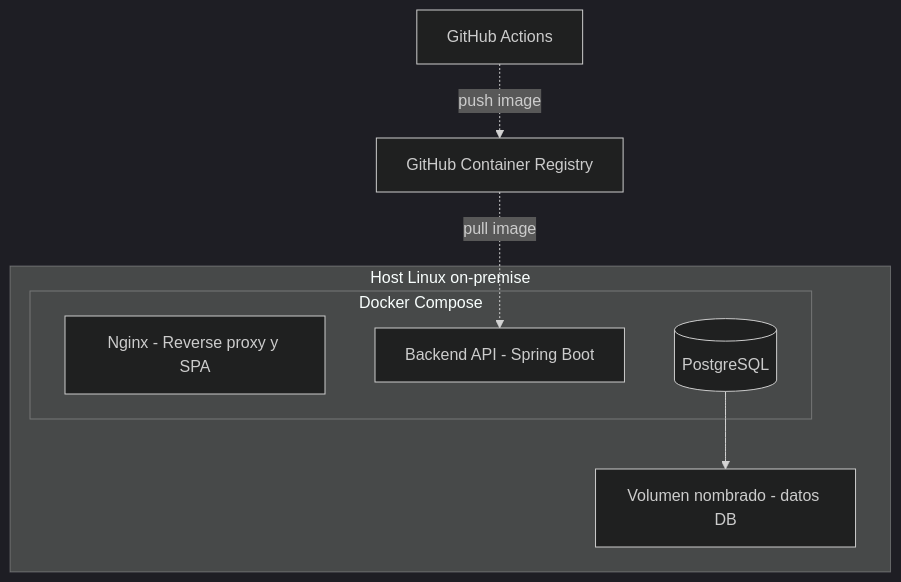
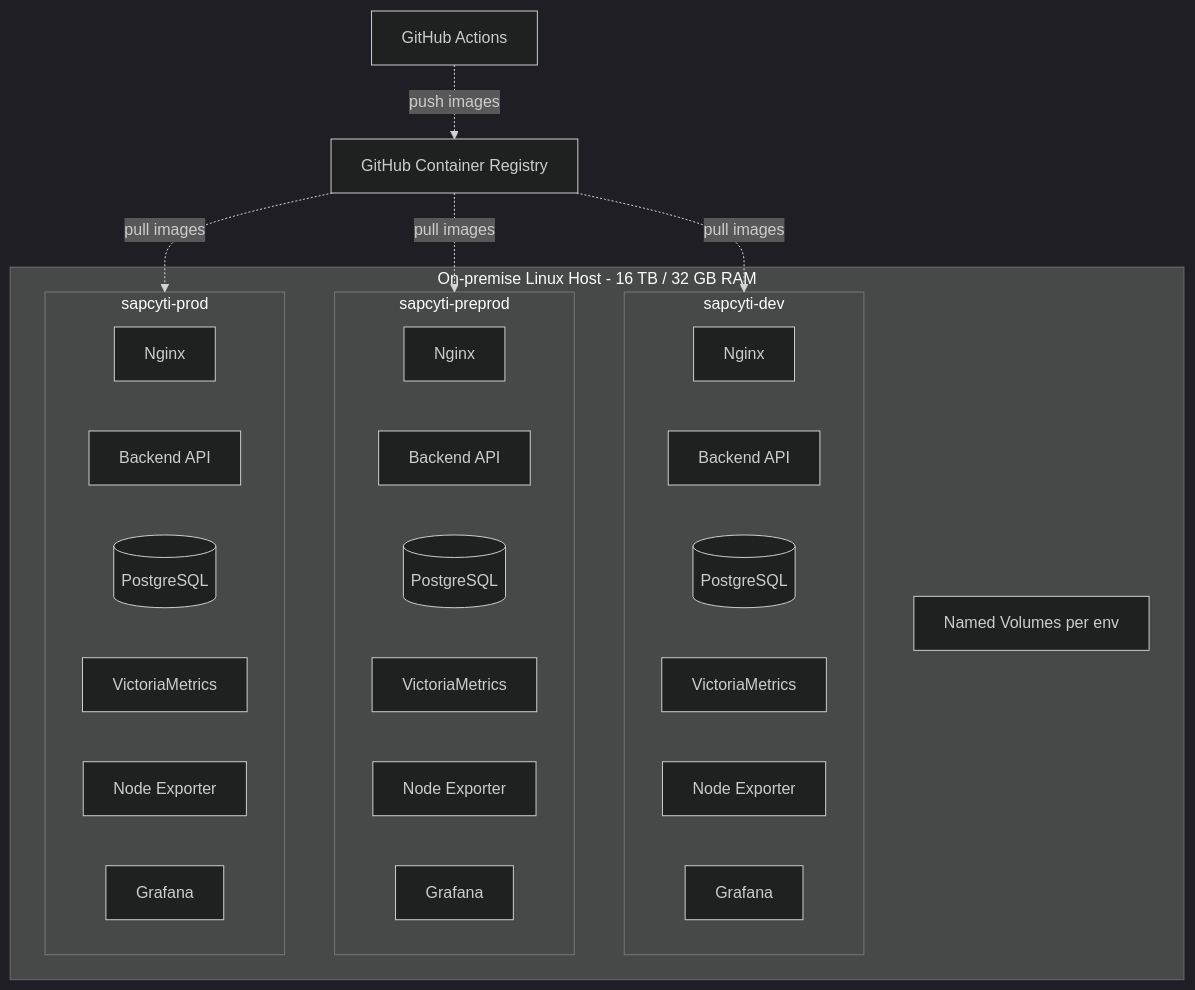
Before and after one commit to SAPCyTI-UAM-I/Docs: the sixth of 17 diagrams in Design/Architecture.md, drawn with Mermaid (dark theme). The commit also changed other lines of this file, not shown here.

Commit message:
docs: translate architecture documentation and diagrams to English - Iteration 2 refinement

````diff
--- a/Design/Architecture.md
+++ b/Design/Architecture.md
@@ -363,16 +384,36 @@
 ```mermaid
 flowchart TB
-    subgraph Host["Host Linux on-premise"]
-        subgraph Compose["Docker Compose"]
-            NGINX["Nginx - Reverse proxy y SPA"]
-            API["Backend API - Spring Boot"]
-            PG[("PostgreSQL")]
+    subgraph Host["On-premise Linux Host - 16 TB / 32 GB RAM"]
+        subgraph Dev["sapcyti-dev"]
+            NGINX_D["Nginx"]
+            API_D["Backend API"]
+            PG_D[("PostgreSQL")]
+            VM_D["VictoriaMetrics"]
+            NE_D["Node Exporter"]
+            GF_D["Grafana"]
         end
-        VOL["Volumen nombrado - datos DB"]
+        subgraph PreProd["sapcyti-preprod"]
+            NGINX_P["Nginx"]
+            API_P["Backend API"]
+            PG_P[("PostgreSQL")]
+            VM_P["VictoriaMetrics"]
+            NE_P["Node Exporter"]
+            GF_P["Grafana"]
+        end
+        subgraph Prod["sapcyti-prod"]
+            NGINX_R["Nginx"]
+            API_R["Backend API"]
+            PG_R[("PostgreSQL")]
+            VM_R["VictoriaMetrics"]
+            NE_R["Node Exporter"]
+            GF_R["Grafana"]
+        end
+        VOL["Named Volumes per env"]
     end
     GHCR["GitHub Container Registry"]
     GHA["GitHub Actions"]
-    PG --> VOL
-    GHA -.->|push image| GHCR
-    GHCR -.->|pull image| API
+    GHA -.->|push images| GHCR
+    GHCR -.->|pull images| Dev
+    GHCR -.->|pull images| PreProd
+    GHCR -.->|pull images| Prod
 ```
````
